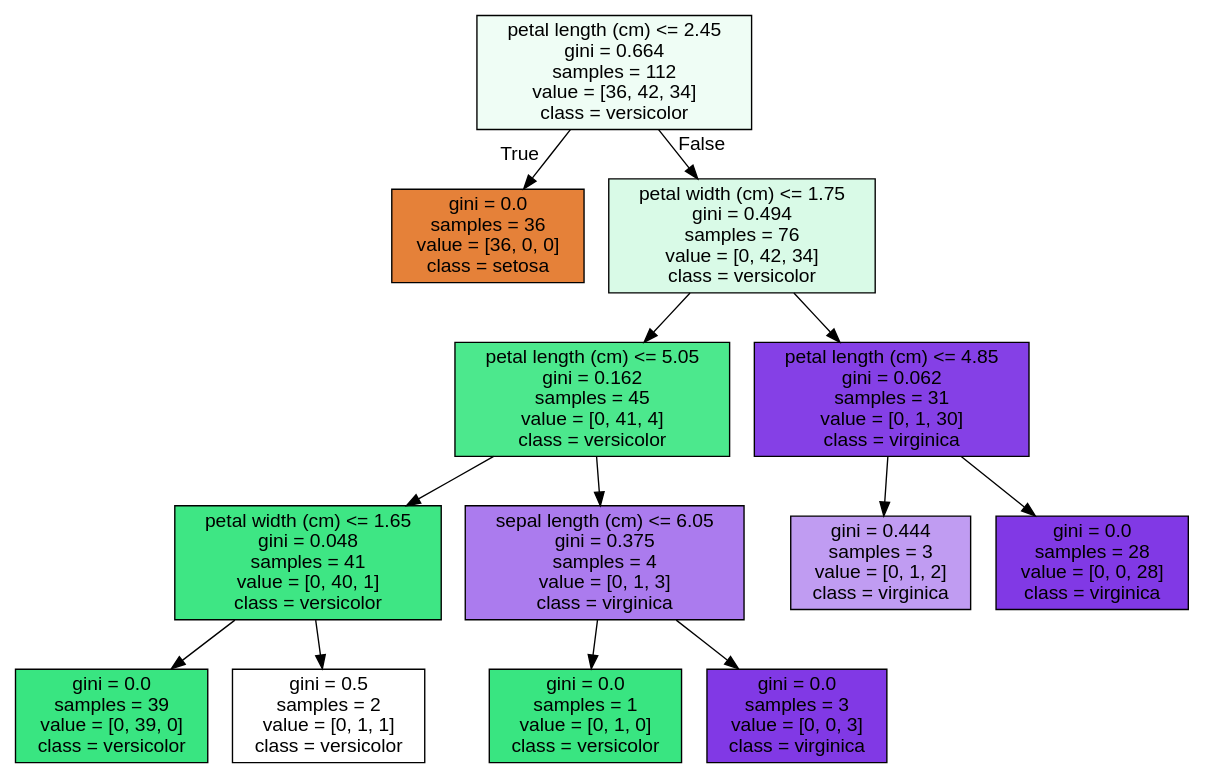
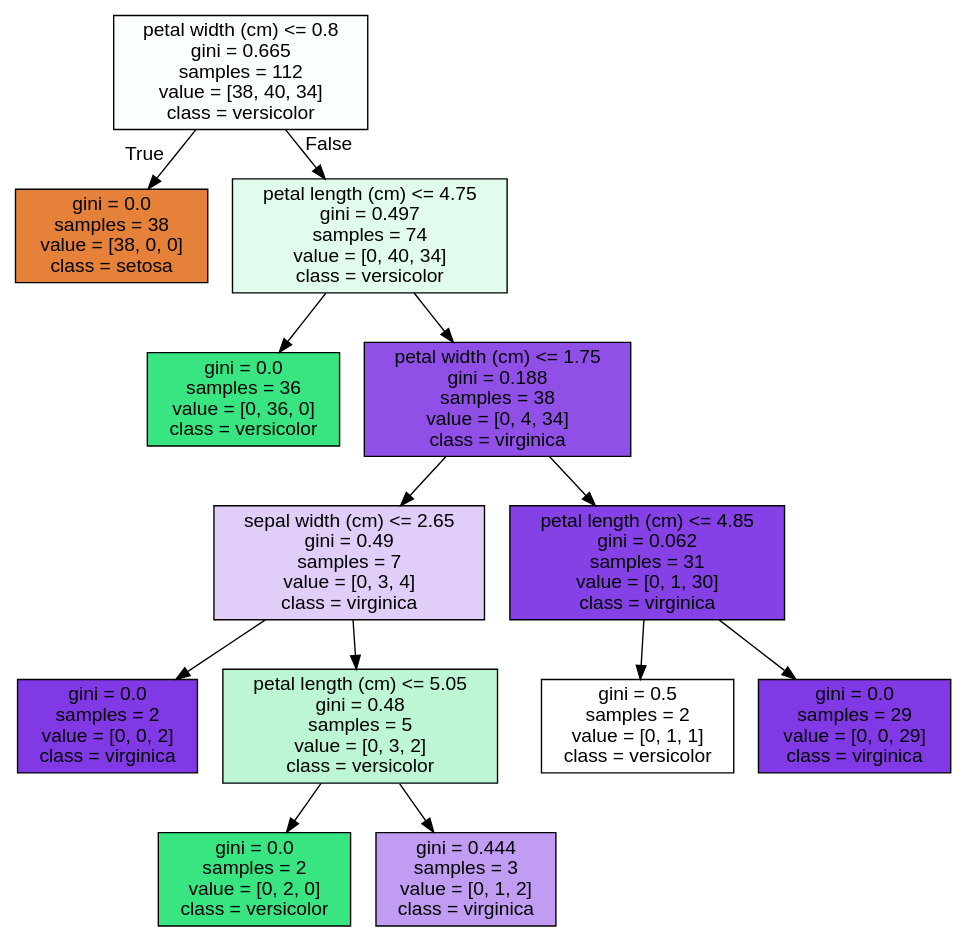
One commit to SCUTUM98/MachineLearning_Class changed the diagram in min_samples_split.dot. Above: the diagram before and after it, drawn with Graphviz.

Commit message:
min_samples_split=4 tree

```diff
--- a/min_samples_split.dot
+++ b/min_samples_split.dot
@@ -1,29 +1,29 @@
 digraph Tree {
 node [shape=box, style="filled", color="black", fontname="helvetica"] ;
 edge [fontname="helvetica"] ;
-0 [label="petal length (cm) <= 2.45\ngini = 0.664\nsamples = 112\nvalue = [36, 42, 34]\nclass = versicolor", fillcolor="#effdf5"] ;
-1 [label="gini = 0.0\nsamples = 36\nvalue = [36, 0, 0]\nclass = setosa", fillcolor="#e58139"] ;
+0 [label="petal width (cm) <= 0.8\ngini = 0.665\nsamples = 112\nvalue = [38, 40, 34]\nclass = versicolor", fillcolor="#fafefc"] ;
+1 [label="gini = 0.0\nsamples = 38\nvalue = [38, 0, 0]\nclass = setosa", fillcolor="#e58139"] ;
 0 -> 1 [labeldistance=2.5, labelangle=45, headlabel="True"] ;
-2 [label="petal width (cm) <= 1.75\ngini = 0.494\nsamples = 76\nvalue = [0, 42, 34]\nclass = versicolor", fillcolor="#d9fae7"] ;
+2 [label="petal length (cm) <= 4.75\ngini = 0.497\nsamples = 74\nvalue = [0, 40, 34]\nclass = versicolor", fillcolor="#e1fbec"] ;
 0 -> 2 [labeldistance=2.5, labelangle=-45, headlabel="False"] ;
-3 [label="petal length (cm) <= 5.05\ngini = 0.162\nsamples = 45\nvalue = [0, 41, 4]\nclass = versicolor", fillcolor="#4ce88d"] ;
+3 [label="gini = 0.0\nsamples = 36\nvalue = [0, 36, 0]\nclass = versicolor", fillcolor="#39e581"] ;
 2 -> 3 ;
-4 [label="petal width (cm) <= 1.65\ngini = 0.048\nsamples = 41\nvalue = [0, 40, 1]\nclass = versicolor", fillcolor="#3ee684"] ;
-3 -> 4 ;
-5 [label="gini = 0.0\nsamples = 39\nvalue = [0, 39, 0]\nclass = versicolor", fillcolor="#39e581"] ;
+4 [label="petal width (cm) <= 1.75\ngini = 0.188\nsamples = 38\nvalue = [0, 4, 34]\nclass = virginica", fillcolor="#9050e8"] ;
+2 -> 4 ;
+5 [label="sepal width (cm) <= 2.65\ngini = 0.49\nsamples = 7\nvalue = [0, 3, 4]\nclass = virginica", fillcolor="#e0cef8"] ;
 4 -> 5 ;
-6 [label="gini = 0.5\nsamples = 2\nvalue = [0, 1, 1]\nclass = versicolor", fillcolor="#ffffff"] ;
-4 -> 6 ;
-7 [label="sepal length (cm) <= 6.05\ngini = 0.375\nsamples = 4\nvalue = [0, 1, 3]\nclass = virginica", fillcolor="#ab7bee"] ;
-3 -> 7 ;
-8 [label="gini = 0.0\nsamples = 1\nvalue = [0, 1, 0]\nclass = versicolor", fillcolor="#39e581"] ;
+6 [label="gini = 0.0\nsamples = 2\nvalue = [0, 0, 2]\nclass = virginica", fillcolor="#8139e5"] ;
+5 -> 6 ;
+7 [label="petal length (cm) <= 5.05\ngini = 0.48\nsamples = 5\nvalue = [0, 3, 2]\nclass = versicolor", fillcolor="#bdf6d5"] ;
+5 -> 7 ;
+8 [label="gini = 0.0\nsamples = 2\nvalue = [0, 2, 0]\nclass = versicolor", fillcolor="#39e581"] ;
 7 -> 8 ;
-9 [label="gini = 0.0\nsamples = 3\nvalue = [0, 0, 3]\nclass = virginica", fillcolor="#8139e5"] ;
+9 [label="gini = 0.444\nsamples = 3\nvalue = [0, 1, 2]\nclass = virginica", fillcolor="#c09cf2"] ;
 7 -> 9 ;
 10 [label="petal length (cm) <= 4.85\ngini = 0.062\nsamples = 31\nvalue = [0, 1, 30]\nclass = virginica", fillcolor="#8540e6"] ;
-2 -> 10 ;
-11 [label="gini = 0.444\nsamples = 3\nvalue = [0, 1, 2]\nclass = virginica", fillcolor="#c09cf2"] ;
+4 -> 10 ;
+11 [label="gini = 0.5\nsamples = 2\nvalue = [0, 1, 1]\nclass = versicolor", fillcolor="#ffffff"] ;
 10 -> 11 ;
-12 [label="gini = 0.0\nsamples = 28\nvalue = [0, 0, 28]\nclass = virginica", fillcolor="#8139e5"] ;
+12 [label="gini = 0.0\nsamples = 29\nvalue = [0, 0, 29]\nclass = virginica", fillcolor="#8139e5"] ;
 10 -> 12 ;
 }
```
